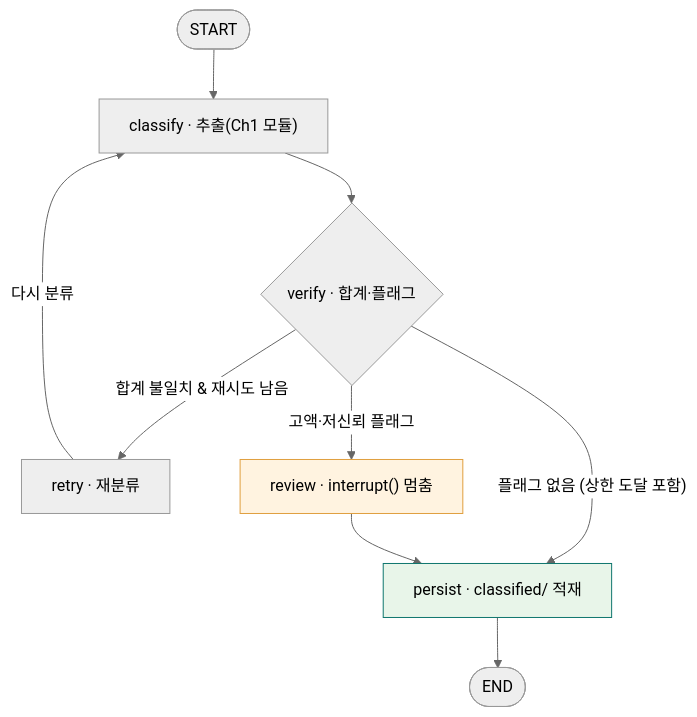
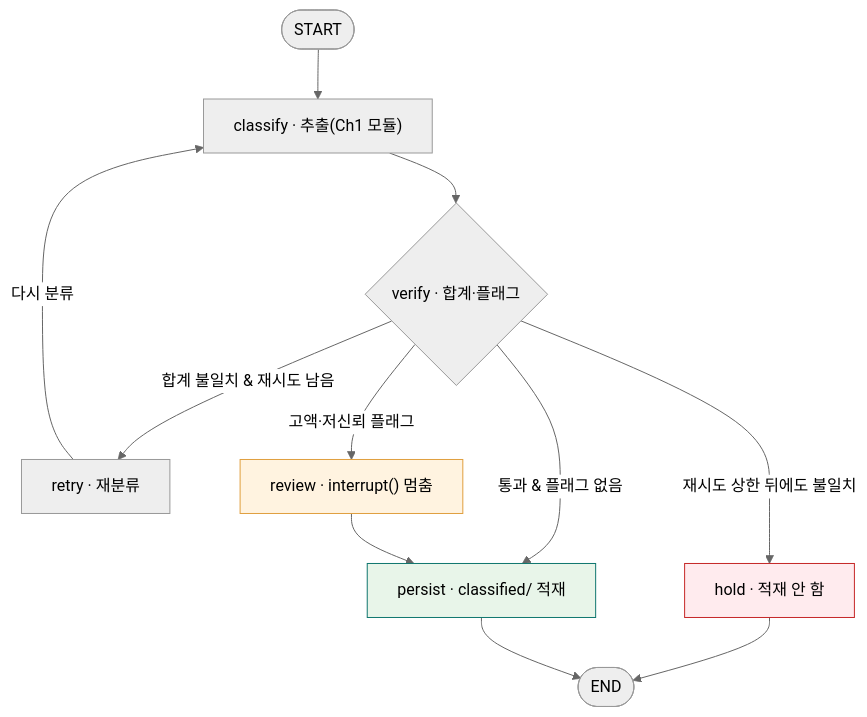
One commit to Yo-sure/deepagents-handson changed the second of 5 diagrams in books/md/Chapter 2. LangChain LangGraph Agent와 Harness 구조.md. Above: the diagram before and after it, drawn with Mermaid (neutral theme). The commit also changed other lines of this file and 26 other files, not shown here.

````diff
--- a/books/md/Chapter 2. LangChain LangGraph Agent와 Harness 구조.md
+++ b/books/md/Chapter 2. LangChain LangGraph Agent와 Harness 구조.md
@@ -219,13 +219,16 @@
 ```mermaid
 flowchart TD
     S([START]) --> CL["classify · 추출(Ch1 모듈)"]
     CL --> VE{"verify · 합계·플래그"}
     VE -->|"합계 불일치 & 재시도 남음"| RT["retry · 재분류"]
     RT -->|"다시 분류"| CL
+    VE -->|"재시도 상한 뒤에도 불일치"| HD["hold · 적재 안 함"]
     VE -->|"고액·저신뢰 플래그"| RV["review · interrupt() 멈춤"]
-    VE -->|"플래그 없음 (상한 도달 포함)"| PS["persist · classified/ 적재"]
+    VE -->|"통과 & 플래그 없음"| PS["persist · classified/ 적재"]
     RV --> PS
+    HD --> E
     PS --> E([END])
     style RV fill:#fff3e0,stroke:#e09f3e
+    style HD fill:#ffebee,stroke:#c62828
     style PS fill:#e8f5e9,stroke:#0f766e
 ```
````
